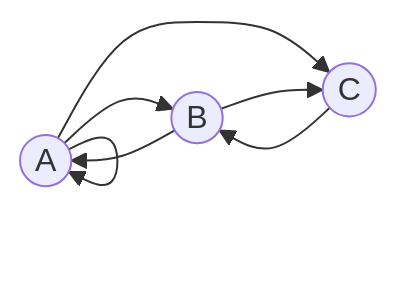
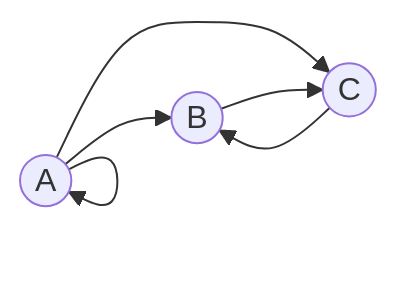
One commit to HSE-algo-23-owl/manual_tasks changed the diagram in task_7/All_ca$h.md. Above: the diagram before and after it, drawn with Mermaid. The commit also changed other lines of this file, not shown here.

````diff
--- a/task_7/All_ca$h.md
+++ b/task_7/All_ca$h.md
@@ -17,10 +17,10 @@
  ```mermaid
 graph LR
 
 A((A)) --> B((B))
 A --> A
-A --> C
-B --> C((C))
-B --> A
+A --> C((C))
+B --> C
+
 C --> B
 ```
````
